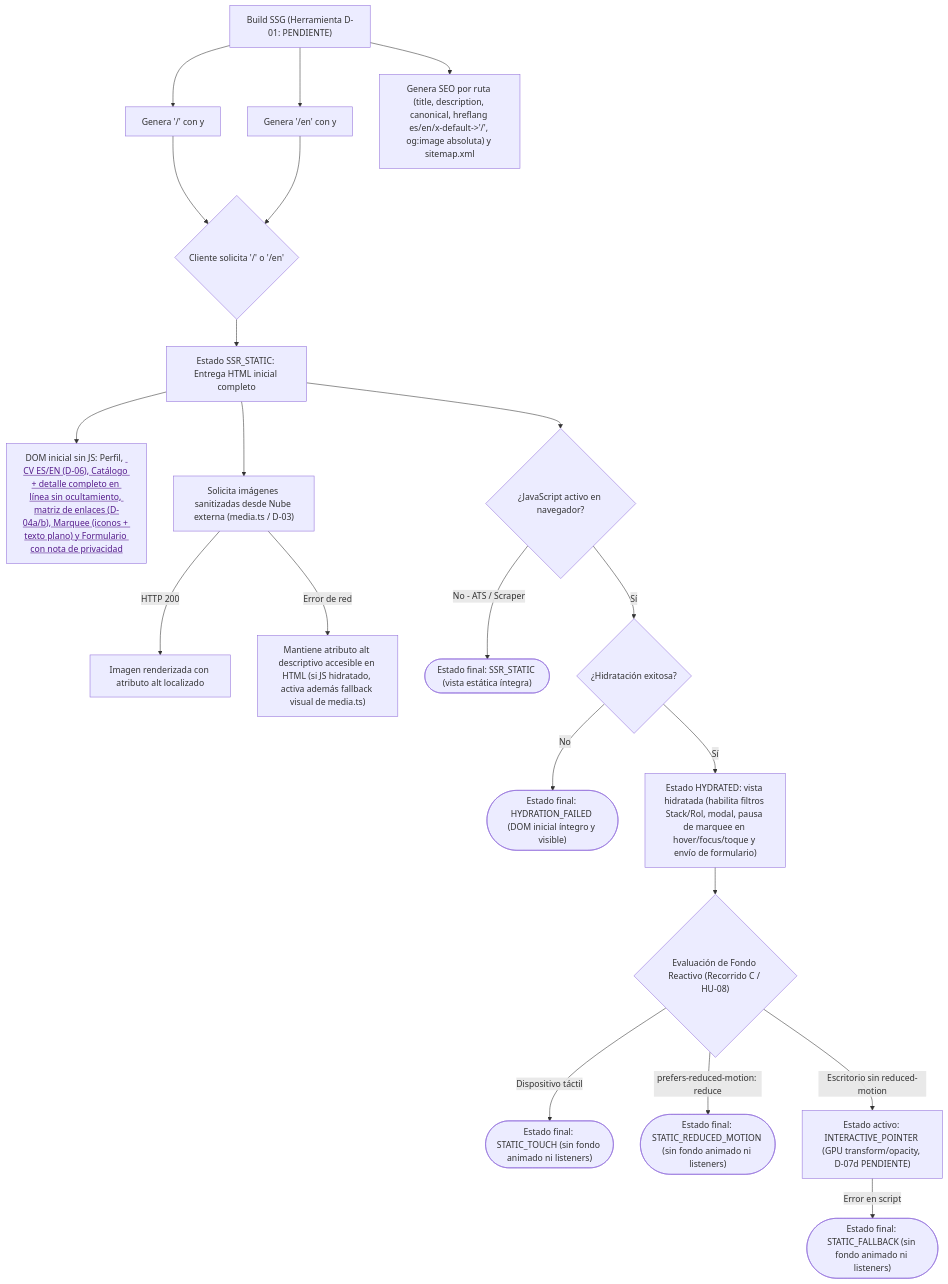
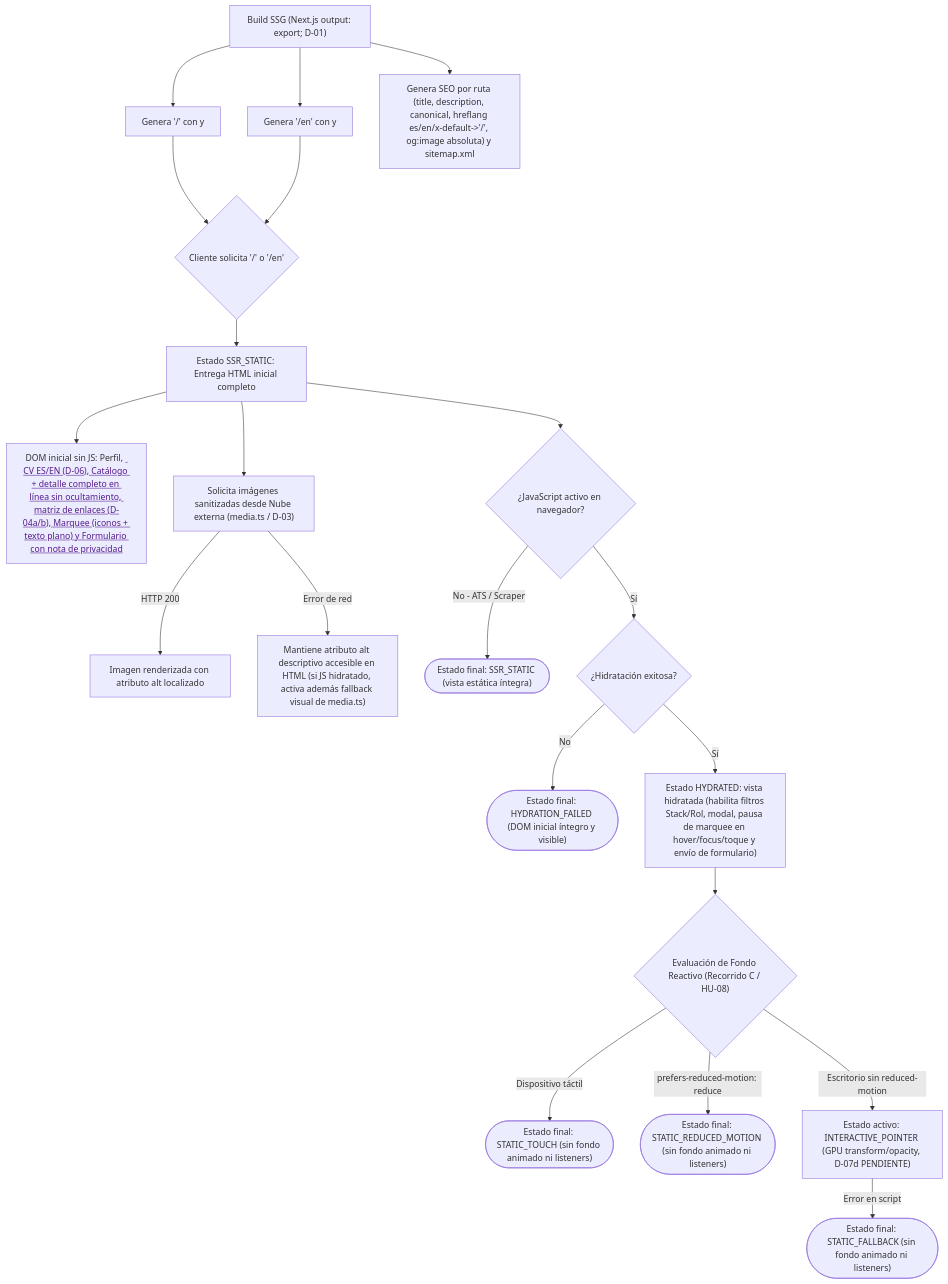
The first of 4 diagrams in docs/architecture/flows.md (Alberto-Zompantzi/Portfolio), drawn with Mermaid before and after one commit. The commit also changed other lines of this file and 3 other files, not shown here.

````diff
--- a/docs/architecture/flows.md
+++ b/docs/architecture/flows.md
@@ -10,28 +10,28 @@
 ```mermaid
 flowchart TD
-    A["Build SSG (Herramienta D-01: PENDIENTE)"] --> B["Genera '/' con <html lang='es'> y <a href='/en'>"]
+    A["Build SSG (Next.js output: export; D-01) "] --> B["Genera '/' con <html lang='es'> y <a href='/en'>"]
     A --> C["Genera '/en' con <html lang='en'> y <a href='/'>"]
     A --> D["Genera SEO por ruta (title, description, canonical, hreflang es/en/x-default->'/', og:image absoluta) y sitemap.xml"]
 
     B --> E{"Cliente solicita '/' o '/en'"}
     C --> E
 
     E --> F["Estado SSR_STATIC: Entrega HTML inicial completo"]
     F --> G["DOM inicial sin JS: Perfil, <a href> CV ES/EN (D-06), Catálogo + detalle completo en línea sin ocultamiento, matriz de enlaces (D-04a/b), Marquee (iconos + texto plano) y Formulario con nota de privacidad"]
     F --> H["Solicita imágenes sanitizadas desde Nube externa (media.ts / D-03)"]
 
     H -->|HTTP 200| I["Imagen renderizada con atributo alt localizado"]
     H -->|Error de red| J["Mantiene atributo alt descriptivo accesible en HTML (si JS hidratado, activa además fallback visual de media.ts)"]
 
     F --> K{"¿JavaScript activo en navegador?"}
     K -->|No - ATS / Scraper| L(["Estado final: SSR_STATIC (vista estática íntegra)"])
     K -->|Sí| M{"¿Hidratación exitosa?"}
     M -->|No| N(["Estado final: HYDRATION_FAILED (DOM inicial íntegro y visible)"])
     M -->|Sí| O["Estado HYDRATED: vista hidratada (habilita filtros Stack/Rol, modal, pausa de marquee en hover/focus/toque y envío de formulario)"]
 
     O --> P{"Evaluación de Fondo Reactivo (Recorrido C / HU-08)"}
     P -->|Dispositivo táctil| Q(["Estado final: STATIC_TOUCH (sin fondo animado ni listeners)"])
     P -->|prefers-reduced-motion: reduce| R(["Estado final: STATIC_REDUCED_MOTION (sin fondo animado ni listeners)"])
     P -->|Escritorio sin reduced-motion| S["Estado activo: INTERACTIVE_POINTER (GPU transform/opacity, D-07d PENDIENTE)"]
     S -->|Error en script| T(["Estado final: STATIC_FALLBACK (sin fondo animado ni listeners)"])
 ```
````
